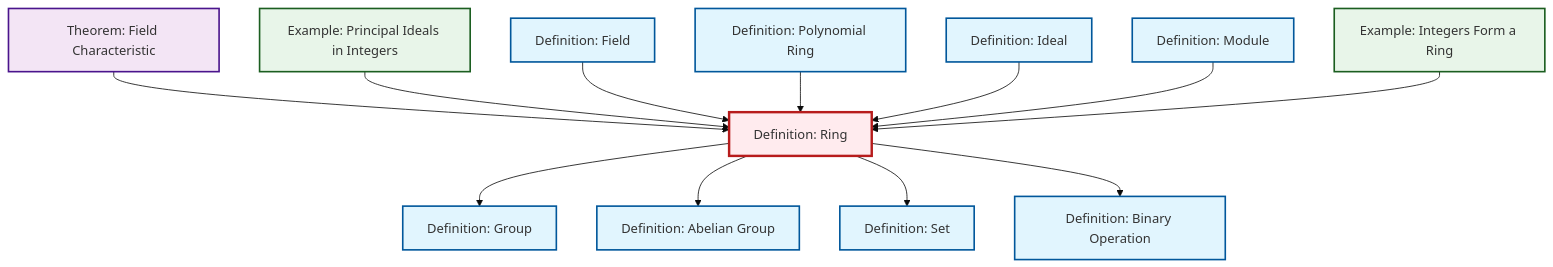
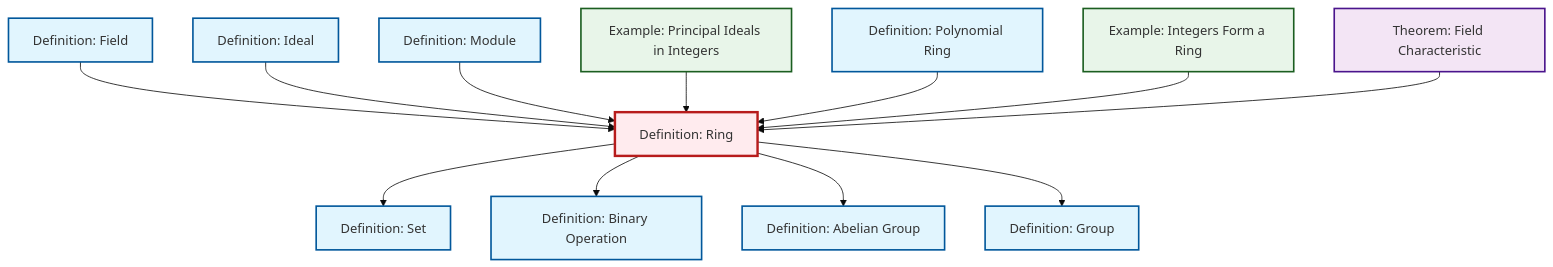
The diagram in content/ja/algebra/def-ring.qmd (RK0429/ModernMath), drawn with Mermaid (base theme) before and after one commit. The commit also changed other lines of this file and 531 other files, not shown here.

````diff
--- a/content/ja/algebra/def-ring.qmd
+++ b/content/ja/algebra/def-ring.qmd
@@ -62,44 +62,44 @@
 ```{mermaid}
 %%| fig-cap: "Local dependency graph"
 graph TD
     classDef definition fill:#e1f5fe,stroke:#01579b,stroke-width:2px
     classDef theorem fill:#f3e5f5,stroke:#4a148c,stroke-width:2px
     classDef axiom fill:#fff3e0,stroke:#e65100,stroke-width:2px
     classDef example fill:#e8f5e9,stroke:#1b5e20,stroke-width:2px
     classDef current fill:#ffebee,stroke:#b71c1c,stroke-width:3px
+    def-ideal["Definition: Ideal"]:::definition
+    def-abelian-group["Definition: Abelian Group"]:::definition
+    def-set["Definition: Set"]:::definition
     def-field["Definition: Field"]:::definition
+    def-group["Definition: Group"]:::definition
+    thm-field-characteristic["Theorem: Field Characteristic"]:::theorem
+    ex-integers-ring["Example: Integers Form a Ring"]:::example
     def-module["Definition: Module"]:::definition
-    def-set["Definition: Set"]:::definition
-    ex-principal-ideal["Example: Principal Ideals in Integers"]:::example
-    def-ideal["Definition: Ideal"]:::definition
     def-binary-operation["Definition: Binary Operation"]:::definition
     def-ring["Definition: Ring"]:::definition
-    def-group["Definition: Group"]:::definition
-    def-abelian-group["Definition: Abelian Group"]:::definition
+    ex-principal-ideal["Example: Principal Ideals in Integers"]:::example
     def-polynomial-ring["Definition: Polynomial Ring"]:::definition
-    thm-field-characteristic["Theorem: Field Characteristic"]:::theorem
-    ex-integers-ring["Example: Integers Form a Ring"]:::example
+    def-field --> def-ring
+    def-ideal --> def-ring
+    def-ring --> def-set
+    def-module --> def-ring
+    def-ring --> def-binary-operation
+    def-ring --> def-abelian-group
+    ex-principal-ideal --> def-ring
+    def-polynomial-ring --> def-ring
+    ex-integers-ring --> def-ring
     thm-field-characteristic --> def-ring
-    ex-principal-ideal --> def-ring
-    def-field --> def-ring
     def-ring --> def-group
-    def-ring --> def-abelian-group
-    def-polynomial-ring --> def-ring
-    def-ring --> def-set
-    def-ideal --> def-ring
-    def-ring --> def-binary-operation
-    def-module --> def-ring
-    ex-integers-ring --> def-ring
     class def-ring current
+    click def-ideal "def-ideal.html" "Definition: Idealへ"
+    click def-abelian-group "def-abelian-group.html" "Definition: Abelian Groupへ"
+    click def-set "def-set.html" "Definition: Setへ"
     click def-field "def-field.html" "Definition: Fieldへ"
-    click def-module "def-module.html" "Definition: Moduleへ"
-    click def-set "def-set.html" "Definition: Setへ"
-    click ex-principal-ideal "ex-principal-ideal.html" "Example: Principal Ideals in Integersへ"
-    click def-ideal "def-ideal.html" "Definition: Idealへ"
-    click def-binary-operation "def-binary-operation.html" "Definition: Binary Operationへ"
     click def-group "def-group.html" "Definition: Groupへ"
-    click def-abelian-group "def-abelian-group.html" "Definition: Abelian Groupへ"
-    click def-polynomial-ring "def-polynomial-ring.html" "Definition: Polynomial Ringへ"
     click thm-field-characteristic "thm-field-characteristic.html" "Theorem: Field Characteristicへ"
     click ex-integers-ring "ex-integers-ring.html" "Example: Integers Form a Ringへ"
+    click def-module "def-module.html" "Definition: Moduleへ"
+    click def-binary-operation "def-binary-operation.html" "Definition: Binary Operationへ"
+    click ex-principal-ideal "ex-principal-ideal.html" "Example: Principal Ideals in Integersへ"
+    click def-polynomial-ring "def-polynomial-ring.html" "Definition: Polynomial Ringへ"
 ```
````
